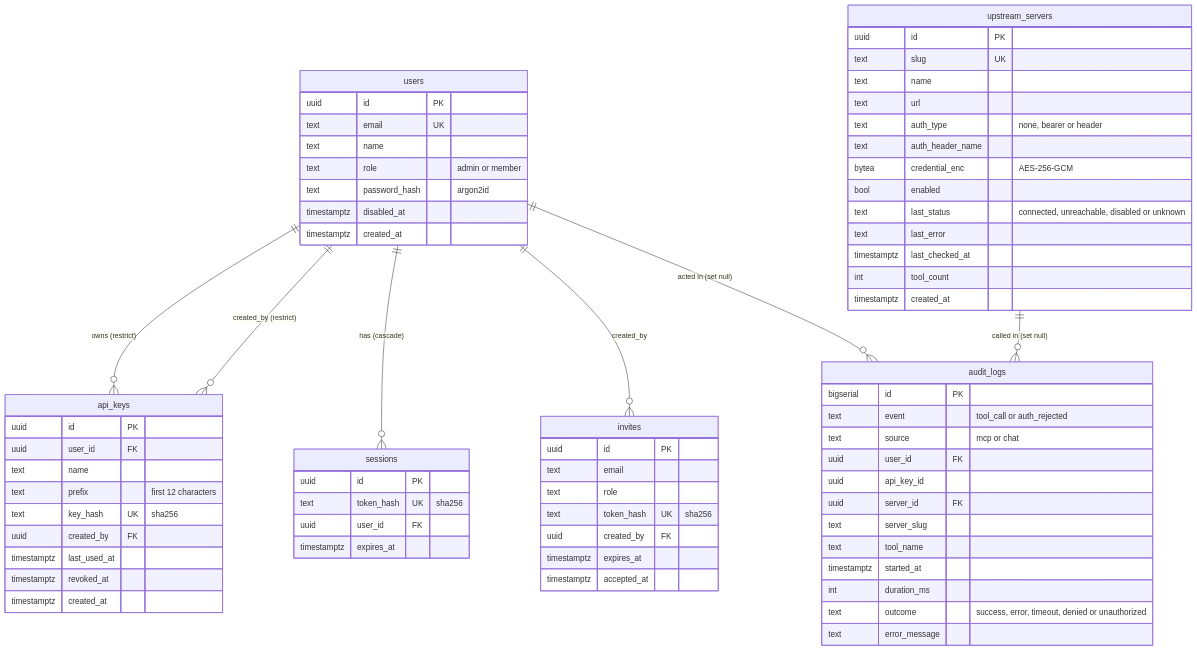
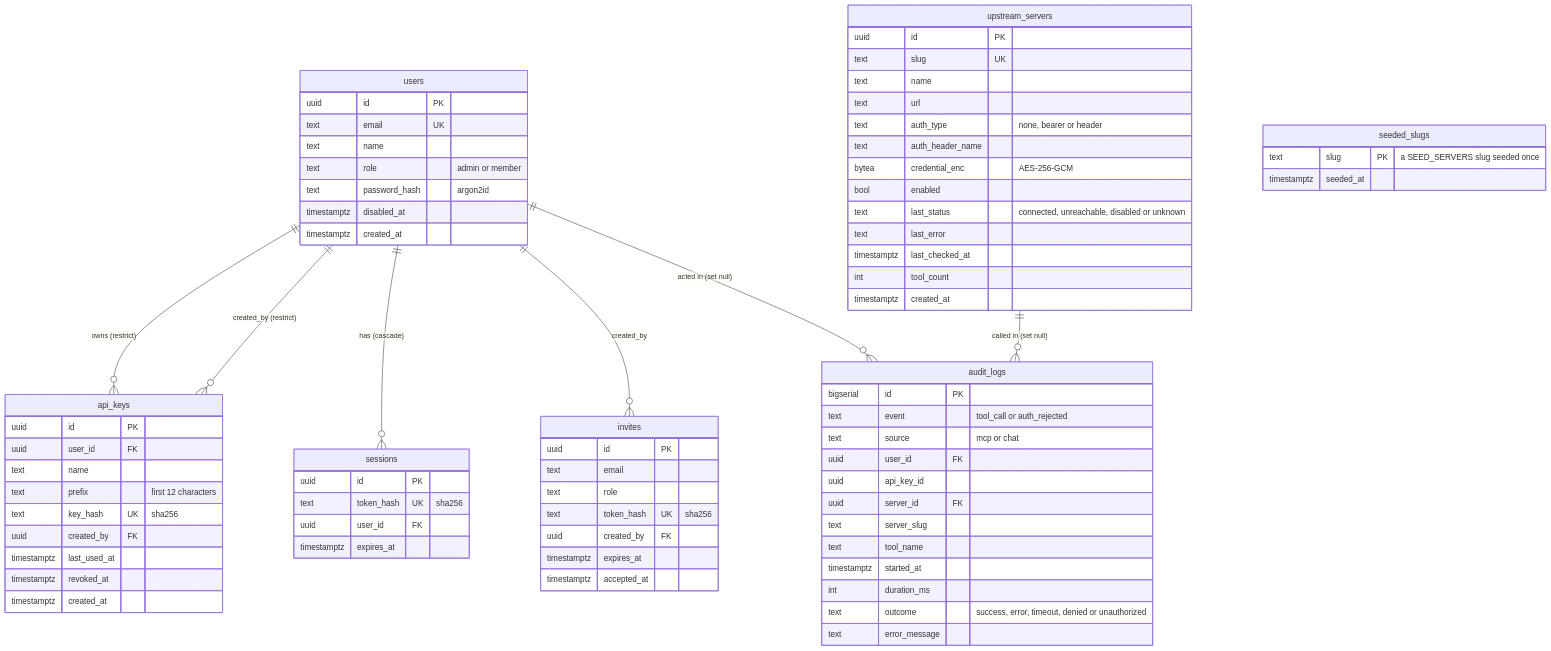
One commit to tushar66sharma/MCP-Gateway-on-Kubernetes changed the second of 3 diagrams in docs/system-design.md. Above: the diagram before and after it, drawn with Mermaid. The commit also changed other lines of this file and 13 other files, not shown here.

````diff
--- a/docs/system-design.md
+++ b/docs/system-design.md
@@ -47,74 +47,78 @@
 ```mermaid
 erDiagram
   users ||--o{ api_keys : "owns (restrict)"
   users ||--o{ api_keys : "created_by (restrict)"
   users ||--o{ sessions : "has (cascade)"
   users ||--o{ invites : "created_by"
   users ||--o{ audit_logs : "acted in (set null)"
   upstream_servers ||--o{ audit_logs : "called in (set null)"
 
   users {
     uuid id PK
     text email UK
     text name
     text role "admin or member"
     text password_hash "argon2id"
     timestamptz disabled_at
     timestamptz created_at
   }
   invites {
     uuid id PK
     text email
     text role
     text token_hash UK "sha256"
     uuid created_by FK
     timestamptz expires_at
     timestamptz accepted_at
   }
   sessions {
     uuid id PK
     text token_hash UK "sha256"
     uuid user_id FK
     timestamptz expires_at
   }
   api_keys {
     uuid id PK
     uuid user_id FK
     text name
     text prefix "first 12 characters"
     text key_hash UK "sha256"
     uuid created_by FK
     timestamptz last_used_at
     timestamptz revoked_at
     timestamptz created_at
   }
   upstream_servers {
     uuid id PK
     text slug UK
     text name
     text url
     text auth_type "none, bearer or header"
     text auth_header_name
     bytea credential_enc "AES-256-GCM"
     bool enabled
     text last_status "connected, unreachable, disabled or unknown"
     text last_error
     timestamptz last_checked_at
     int tool_count
     timestamptz created_at
   }
   audit_logs {
     bigserial id PK
     text event "tool_call or auth_rejected"
     text source "mcp or chat"
     uuid user_id FK
     uuid api_key_id
     uuid server_id FK
     text server_slug
     text tool_name
     timestamptz started_at
     int duration_ms
     text outcome "success, error, timeout, denied or unauthorized"
     text error_message
   }
+  seeded_slugs {
+    text slug PK "a SEED_SERVERS slug seeded once"
+    timestamptz seeded_at
+  }
 ```
````
